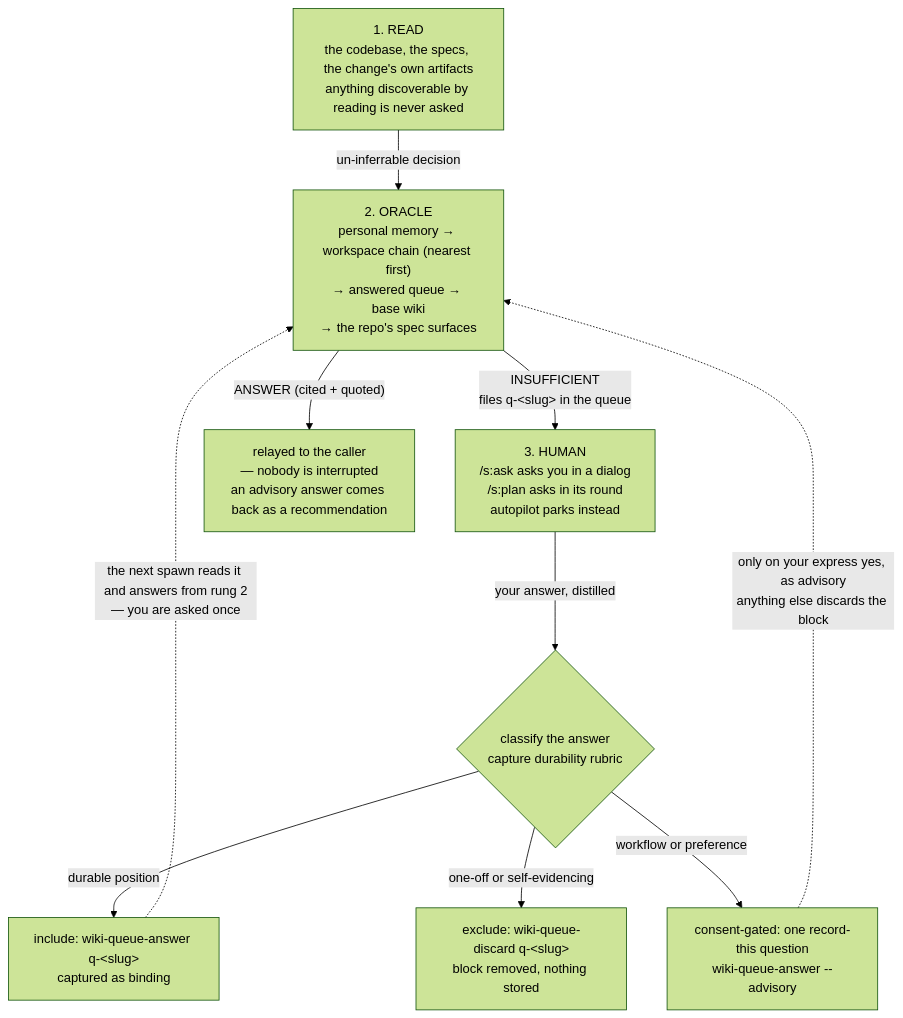
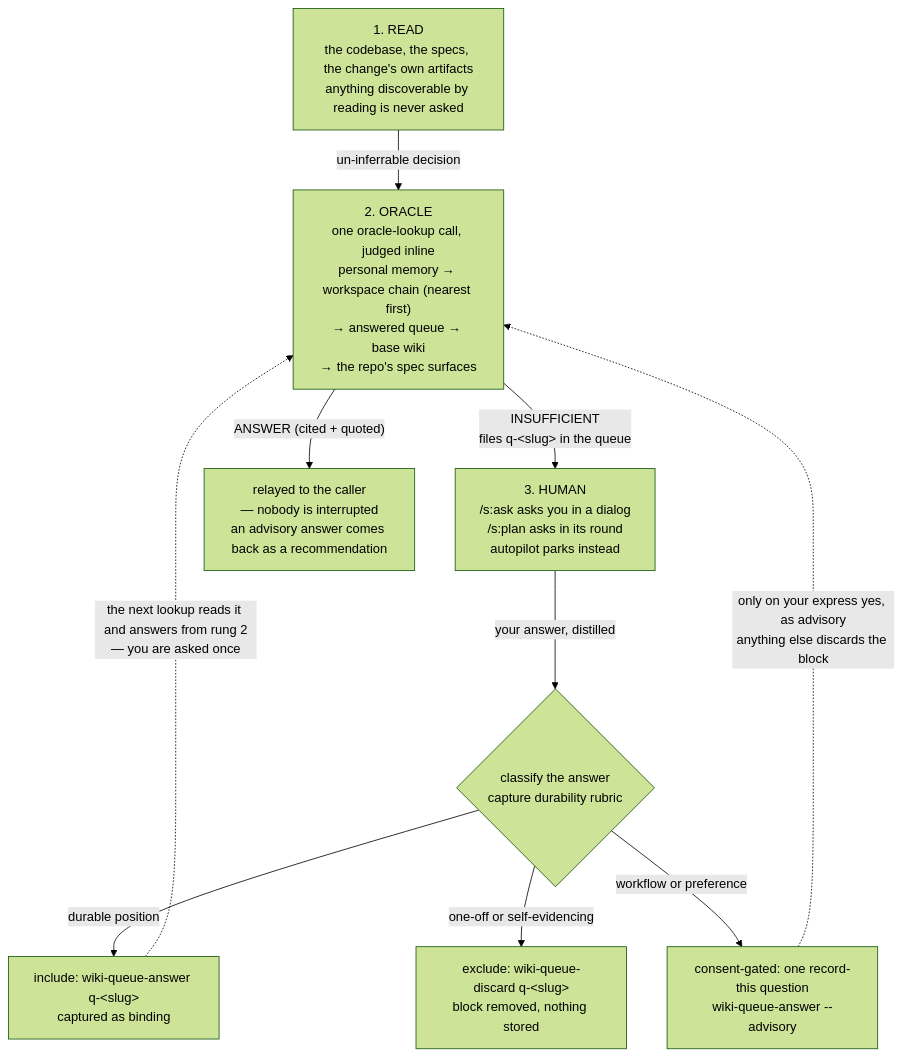
The diagram in docs/oracle.md (shipd-now/shipd), drawn with Mermaid (forest theme) before and after one commit. The commit also changed other lines of this file and 39 other files, not shown here.

First line of the commit message:
☕ Replace the oracle agent with an inline oracle-lookup verb (#390)

````diff
--- a/docs/oracle.md
+++ b/docs/oracle.md
@@ -24,21 +28,21 @@
 ```mermaid
 flowchart TD
     read["1. READ<br/>the codebase, the specs, the change's own artifacts<br/>anything discoverable by reading is never asked"]
-    oracle["2. ORACLE<br/>personal memory → workspace chain (nearest first)<br/>→ answered queue → base wiki<br/>→ the repo's spec surfaces"]
+    oracle["2. ORACLE<br/>one oracle-lookup call, judged inline<br/>personal memory → workspace chain (nearest first)<br/>→ answered queue → base wiki<br/>→ the repo's spec surfaces"]
     human["3. HUMAN<br/>/s:ask asks you in a dialog<br/>/s:plan asks in its round<br/>autopilot parks instead"]
     caller["relayed to the caller<br/>— nobody is interrupted<br/>an advisory answer comes back as a recommendation"]
     classify{"classify the answer<br/>capture durability rubric"}
     include["include: wiki-queue-answer q-&lt;slug&gt;<br/>captured as binding"]
     exclude["exclude: wiki-queue-discard q-&lt;slug&gt;<br/>block removed, nothing stored"]
     gated["consent-gated: one record-this question<br/>wiki-queue-answer --advisory"]
 
     read -- "un-inferrable decision" --> oracle
     oracle -- "ANSWER (cited + quoted)" --> caller
     oracle -- "INSUFFICIENT<br/>files q-&lt;slug&gt; in the queue" --> human
     human -- "your answer, distilled" --> classify
     classify -- "durable position" --> include
     classify -- "one-off or self-evidencing" --> exclude
     classify -- "workflow or preference" --> gated
-    include -. "the next spawn reads it and answers from rung 2<br/>— you are asked once" .-> oracle
+    include -. "the next lookup reads it and answers from rung 2<br/>— you are asked once" .-> oracle
     gated -. "only on your express yes, as advisory<br/>anything else discards the block" .-> oracle
 ```
````
